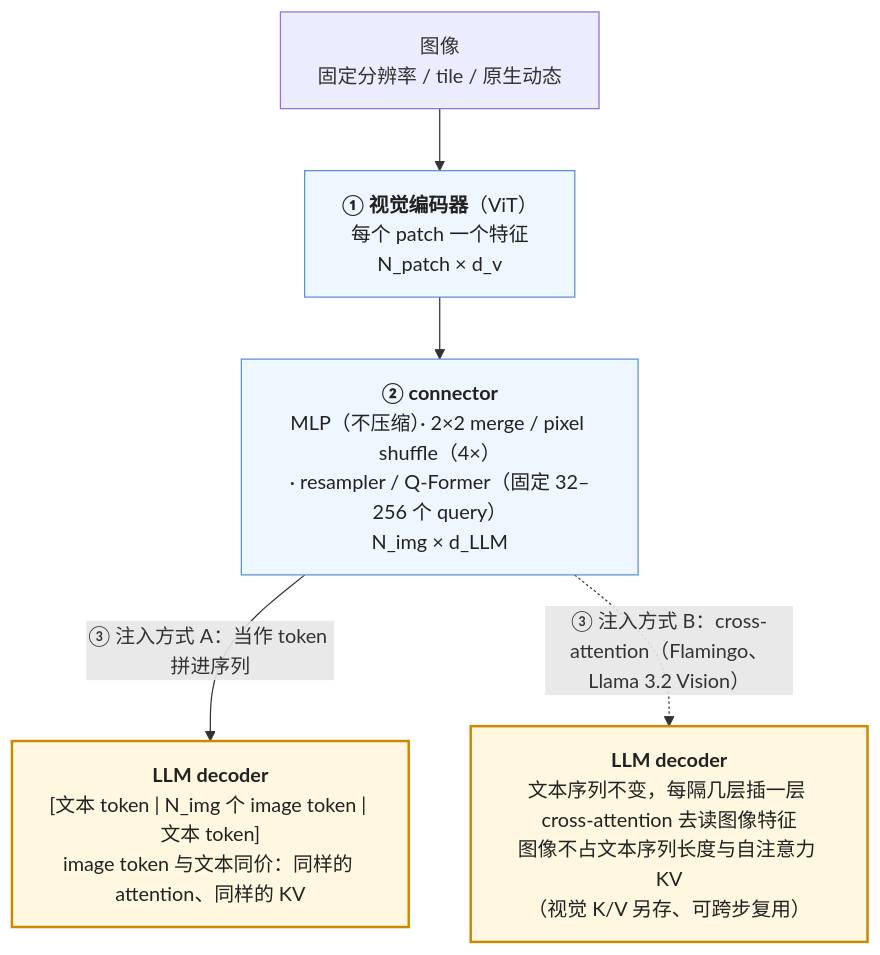
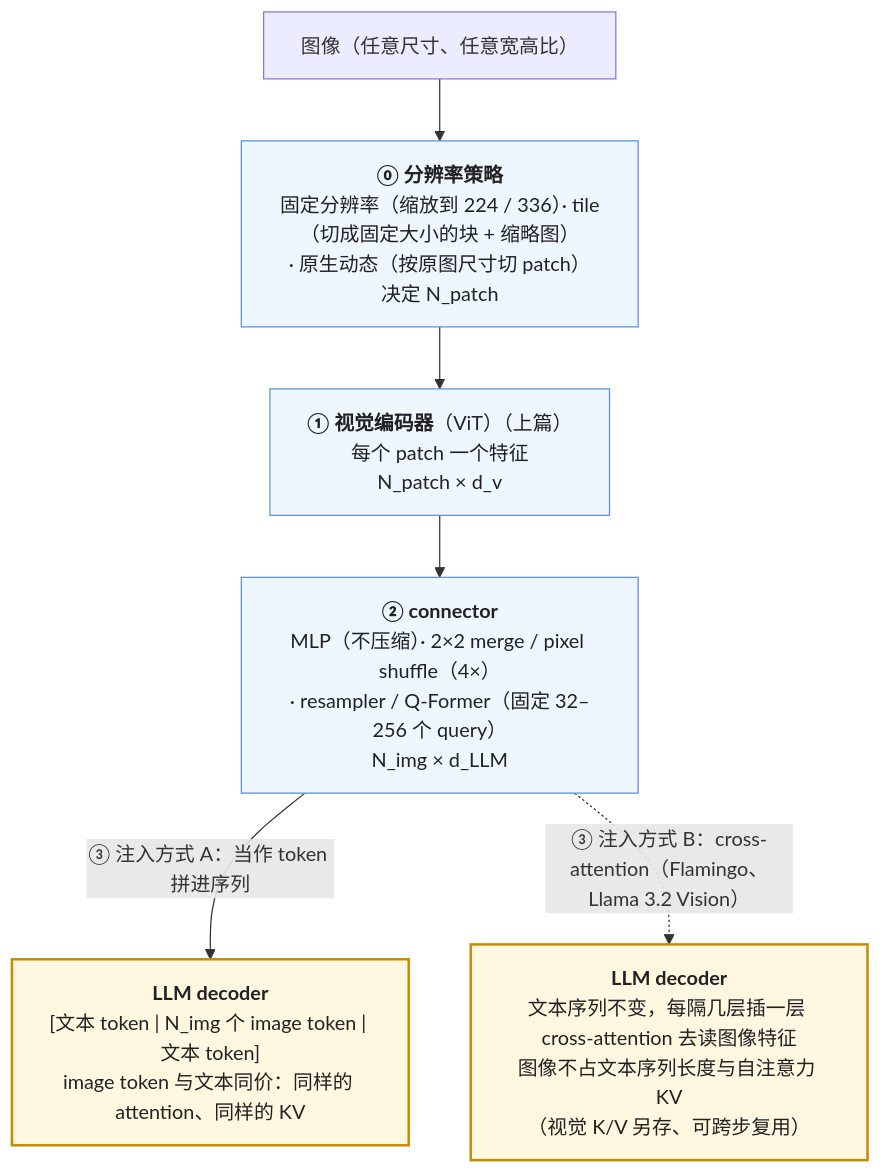
One commit to arganzheng/arganzheng.github.com changed the diagram in _posts/2026-05-04-vlm-architecture-connectors-injection-and-dynamic-resolution.md. Above: the diagram before and after it, drawn with Mermaid. The commit also changed other lines of this file and 7 other files, not shown here.

````diff
--- a/_posts/2026-05-04-vlm-architecture-connectors-injection-and-dynamic-resolution.md
+++ b/_posts/2026-05-04-vlm-architecture-connectors-injection-and-dynamic-resolution.md
@@ -75,25 +77,28 @@
 ```mermaid
 %%{init: {"flowchart": {"wrappingWidth": 260}}}%%
-%% 图：VLM 的三段结构：视觉编码器 → connector → 注入 LLM decoder，注入方式有拼进序列与 cross-attention 两种
+%% 图：VLM 的四个部件：分辨率策略 → 视觉编码器 → connector → 注入 LLM decoder，注入方式有拼进序列与 cross-attention 两种
 flowchart TB
-    IMG["图像
-固定分辨率 / tile / 原生动态"] --> ENC["`**① 视觉编码器**（ViT）
+    IMG["图像（任意尺寸、任意宽高比）"] --> RES["`**⓪ 分辨率策略**
+固定分辨率（缩放到 224 / 336）· tile（切成固定大小的块 + 缩略图）
+· 原生动态（按原图尺寸切 patch）
+决定 N_patch`"]
+    RES --> ENC["`**① 视觉编码器**（ViT）（上篇）
 每个 patch 一个特征
 N_patch × d_v`"]
     ENC --> CON["`**② connector**
 MLP（不压缩）· 2×2 merge / pixel shuffle（4×）
 · resampler / Q-Former（固定 32–256 个 query）
 N_img × d_LLM`"]
     CON -- "③ 注入方式 A：当作 token 拼进序列" --> SEQ["`**LLM decoder**
 [文本 token | N_img 个 image token | 文本 token]
 image token 与文本同价：同样的 attention、同样的 KV`"]
     CON -. "③ 注入方式 B：cross-attention（Flamingo、Llama 3.2 Vision）" .-> XA["`**LLM decoder**
 文本序列不变，每隔几层插一层 cross-attention 去读图像特征
 图像不占文本序列长度与自注意力 KV
 （视觉 K/V 另存、可跨步复用）`"]
 
     classDef enc fill:#eef6ff,stroke:#5b8fd6,color:#222
     classDef llm fill:#fff7e0,stroke:#c98a00,stroke-width:2px,color:#222
-    class ENC,CON enc
+    class RES,ENC,CON enc
     class SEQ,XA llm
 ```
````
